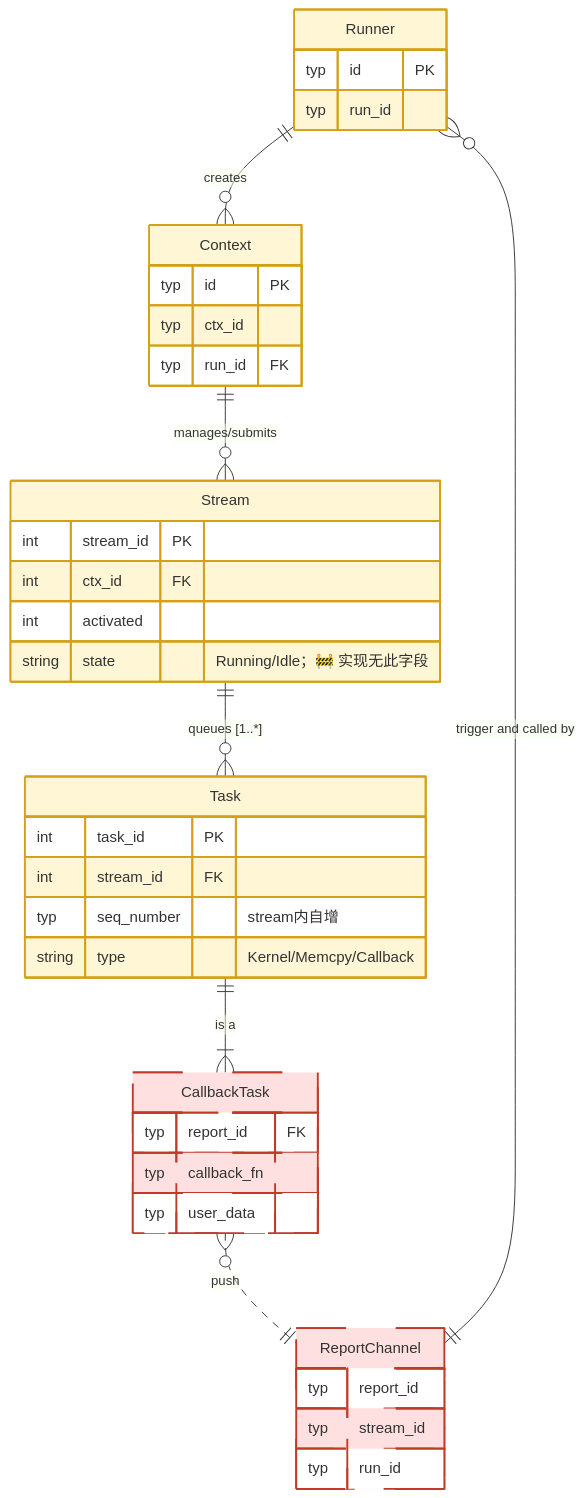
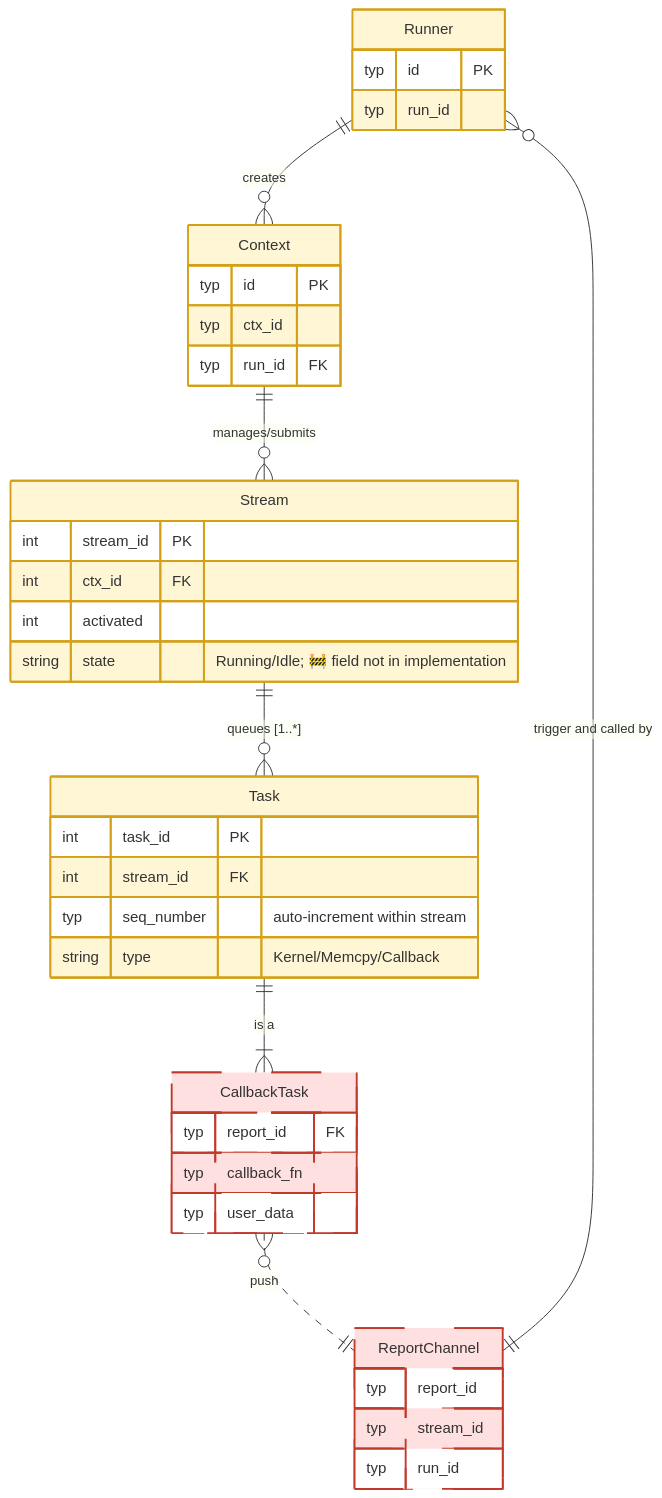
Before and after one commit to Atlas-Ascend-Fork/hcomm: diagram 17 of 19 in test/hccl_vm/docs/simulator_runner_data_model_en.md, drawn with Mermaid. The commit also changed other lines of this file and 73 other files, not shown here.

````diff
--- a/test/hccl_vm/docs/simulator_runner_data_model_en.md
+++ b/test/hccl_vm/docs/simulator_runner_data_model_en.md
@@ -1892,60 +1894,60 @@
 ```mermaid
 erDiagram
     Runner ||--o{ Context: "creates"
     Runner {
         typ id PK
         typ run_id
     }
 
     Context {
         typ id PK
         typ ctx_id
         typ run_id FK
     }
 
     Stream {
         int stream_id PK
         int ctx_id FK
         int activated
-        string state "Running/Idle；🚧 实现无此字段"
+        string state "Running/Idle; 🚧 field not in implementation"
     }
-    %% 实现无 state 字段；运行态由 activated/capture_status/task_complete_status 表达
+    %% Implementation has no state field; run state is expressed by activated/capture_status/task_complete_status
 
-    %% Stream 包含有序的任务列表
+    %% Stream contains an ordered task list
     Context ||--o{ Stream : "manages/submits"
     Stream ||--o{ Task : "queues [1..*]"
 
     Task {
         int task_id PK
         int stream_id FK
-        typ seq_number "stream内自增"
+        typ seq_number "auto-increment within stream"
         string type "Kernel/Memcpy/Callback"
     }
 
-    %% 各种具体的 Task 类型 (逻辑上的继承关系)
+    %% Various specific Task types (logical inheritance)
     CallbackTask {
         typ report_id FK
         typ callback_fn
         typ user_data
     }
 
-    %% 继承关系的逻辑表达 (Task 分为多种)
-    %% 🧠 可进程私有：Context / Stream / Task（仅 src/proxy 访问）
-    %% CallbackTask 由 Task.type 判别（实现只建 Task 表）
+    %% Inheritance logical expression (Task has multiple types)
+    %% 🧠 Process-private candidates: Context / Stream / Task (only src/proxy accesses)
+    %% CallbackTask is discriminated by Task.type (implementation only creates Task table)
     Task ||--|{ CallbackTask : "is a"
 
     ReportChannel {
         typ report_id
         typ stream_id
         typ run_id
     }
 
     CallbackTask }o..|| ReportChannel : "push"
     ReportChannel ||--o{ Runner : "trigger and called by"
 
     classDef unimplemented fill:#ffe0e0,stroke:#c0392b,stroke-width:2px,stroke-dasharray:5 3
     classDef inproc fill:#fff6d6,stroke:#d4a017,stroke-width:2px
     class CallbackTask,ReportChannel unimplemented
     class Runner,Context,Stream,Task inproc
 
 ```
````
